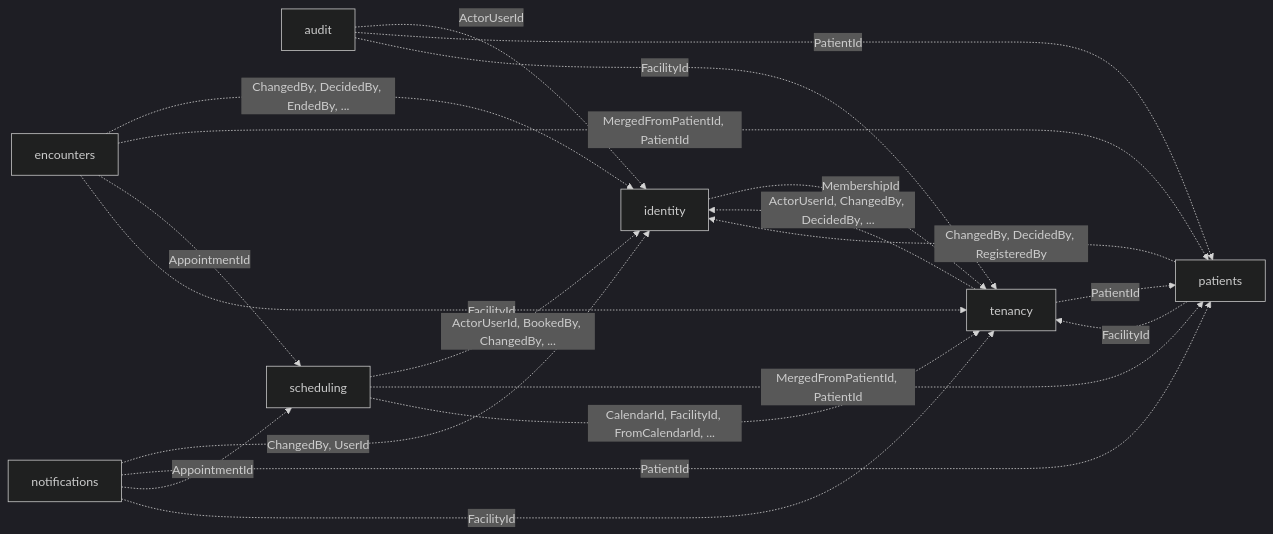
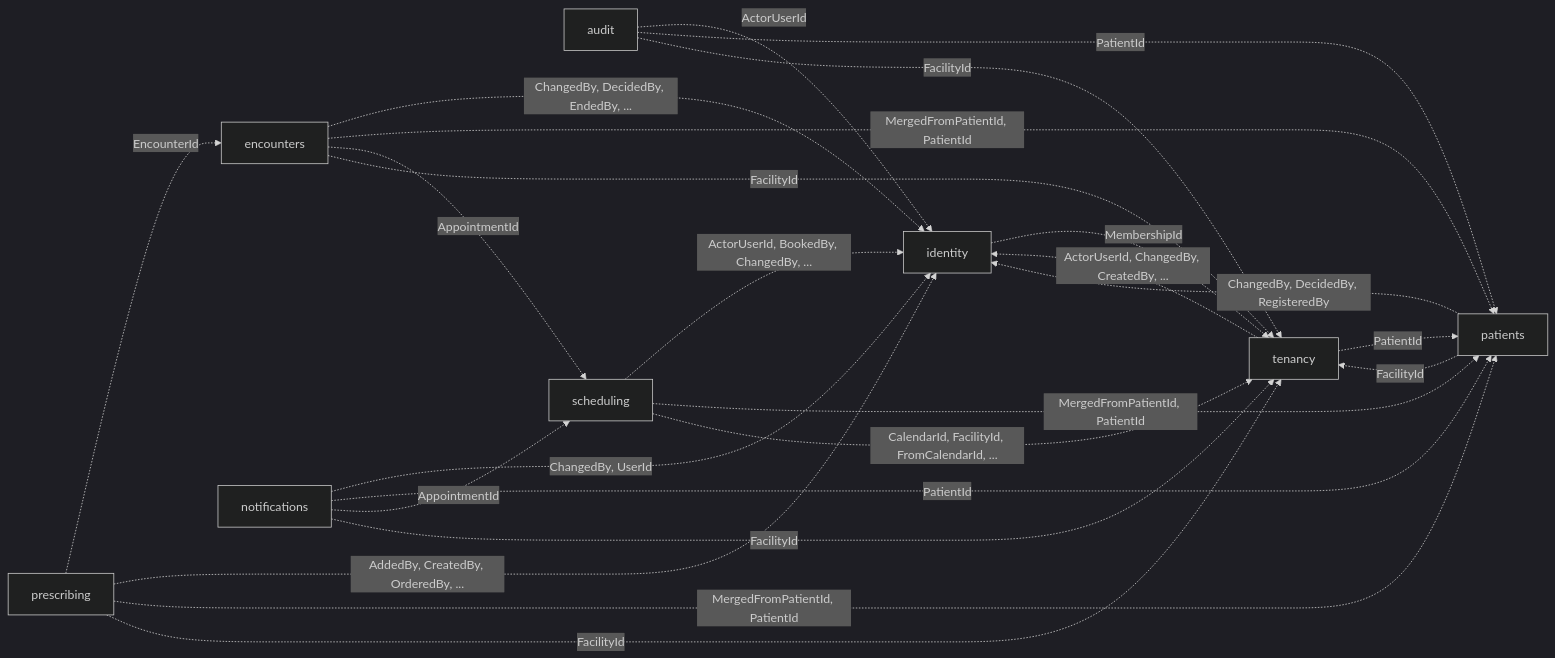
Before and after one commit to ALFRED-LUCIFER/medvya: the third of 14 diagrams in docs/03-architecture/erd.md, drawn with Mermaid (dark theme). The commit also changed other lines of this file and 98 other files, not shown here.

````diff
--- a/docs/03-architecture/erd.md
+++ b/docs/03-architecture/erd.md
@@ -87,22 +93,26 @@
 ```mermaid
 flowchart LR
   audit -.->|"ActorUserId"| identity
   audit -.->|"PatientId"| patients
   audit -.->|"FacilityId"| tenancy
   encounters -.->|"ChangedBy, DecidedBy, EndedBy, ..."| identity
   encounters -.->|"MergedFromPatientId, PatientId"| patients
   encounters -.->|"AppointmentId"| scheduling
   encounters -.->|"FacilityId"| tenancy
   identity -.->|"MembershipId"| tenancy
   notifications -.->|"ChangedBy, UserId"| identity
   notifications -.->|"PatientId"| patients
   notifications -.->|"AppointmentId"| scheduling
   notifications -.->|"FacilityId"| tenancy
   patients -.->|"ChangedBy, DecidedBy, RegisteredBy"| identity
   patients -.->|"FacilityId"| tenancy
+  prescribing -.->|"EncounterId"| encounters
+  prescribing -.->|"AddedBy, CreatedBy, OrderedBy, ..."| identity
+  prescribing -.->|"MergedFromPatientId, PatientId"| patients
+  prescribing -.->|"FacilityId"| tenancy
   scheduling -.->|"ActorUserId, BookedBy, ChangedBy, ..."| identity
   scheduling -.->|"MergedFromPatientId, PatientId"| patients
   scheduling -.->|"CalendarId, FacilityId, FromCalendarId, ..."| tenancy
-  tenancy -.->|"ActorUserId, ChangedBy, DecidedBy, ..."| identity
+  tenancy -.->|"ActorUserId, ChangedBy, CreatedBy, ..."| identity
   tenancy -.->|"PatientId"| patients
 ```
````
